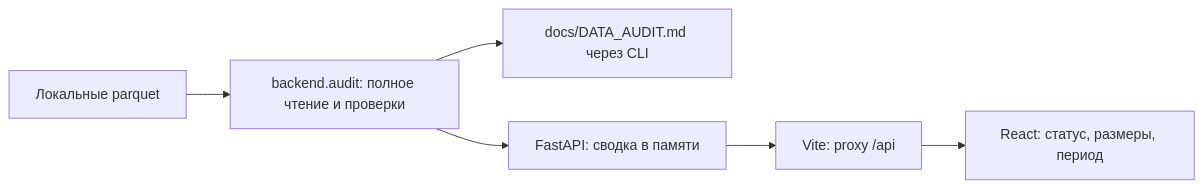
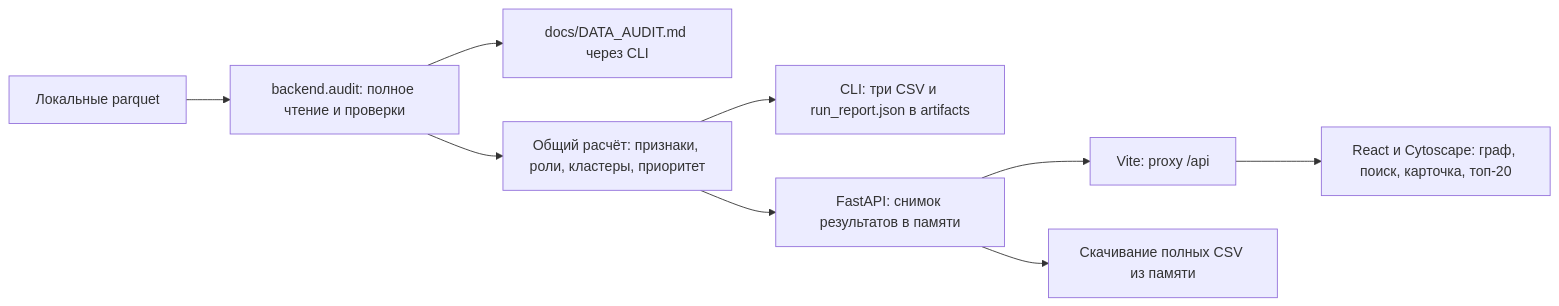
One commit to BAITC-Hacks/hack-6480017d-fusion changed the diagram in README.md. Above: the diagram before and after it, drawn with Mermaid. The commit also changed other lines of this file and 13 other files, not shown here.

Commit message:
Add interactive transaction graph, node analysis and CSV exports

````diff
--- a/README.md
+++ b/README.md
@@ -88,8 +106,11 @@
 ```mermaid
 flowchart LR
     D[Локальные parquet] --> A[backend.audit: полное чтение и проверки]
     A --> R[docs/DATA_AUDIT.md через CLI]
-    A --> B[FastAPI: сводка в памяти]
+    A --> C[Общий расчёт: признаки, роли, кластеры, приоритет]
+    C --> F[CLI: три CSV и run_report.json в artifacts]
+    C --> B[FastAPI: снимок результатов в памяти]
     B --> P[Vite: proxy /api]
-    P --> U[React: статус, размеры, период]
+    P --> U[React и Cytoscape: граф, поиск, карточка, топ-20]
+    B --> E[Скачивание полных CSV из памяти]
 ```
````
